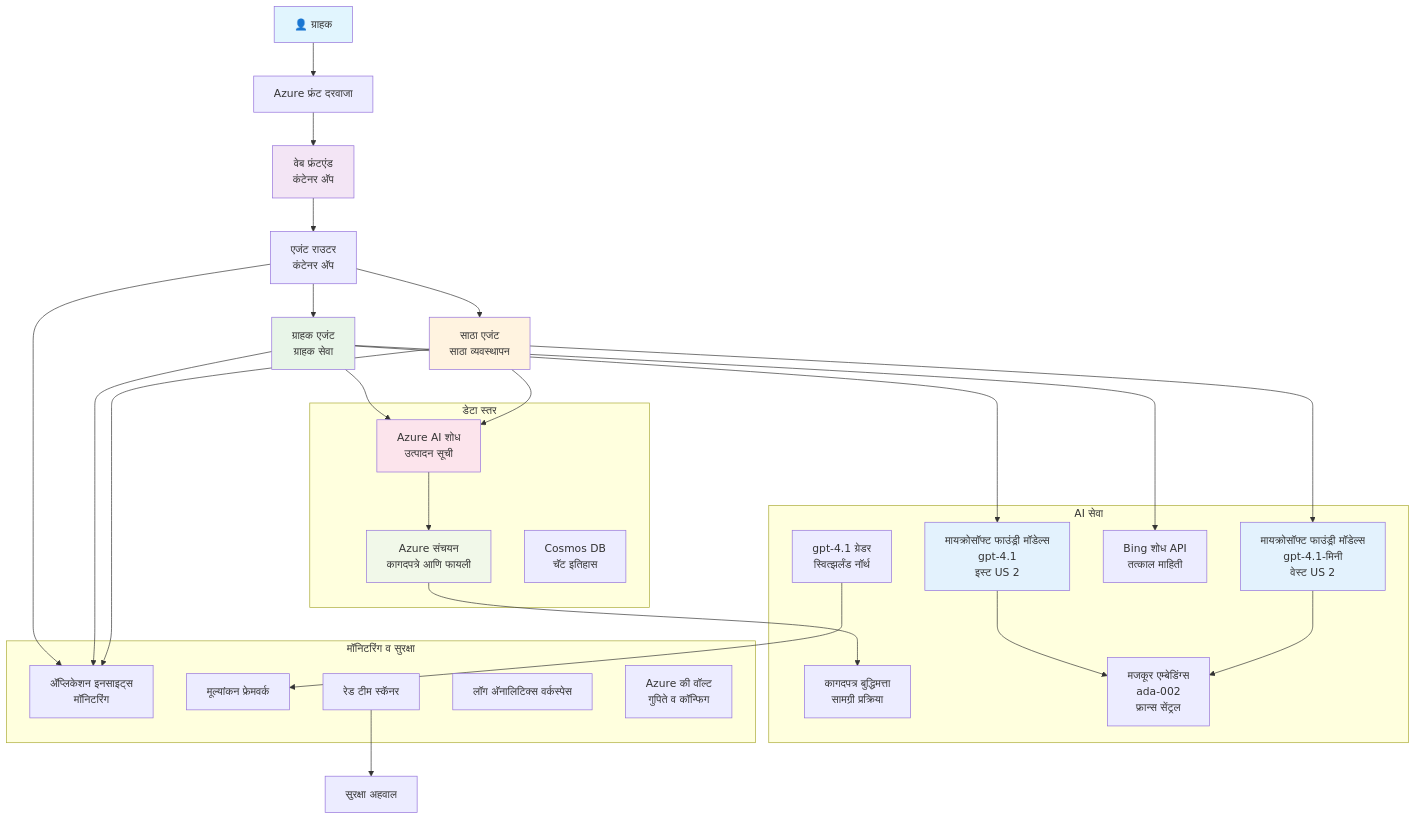
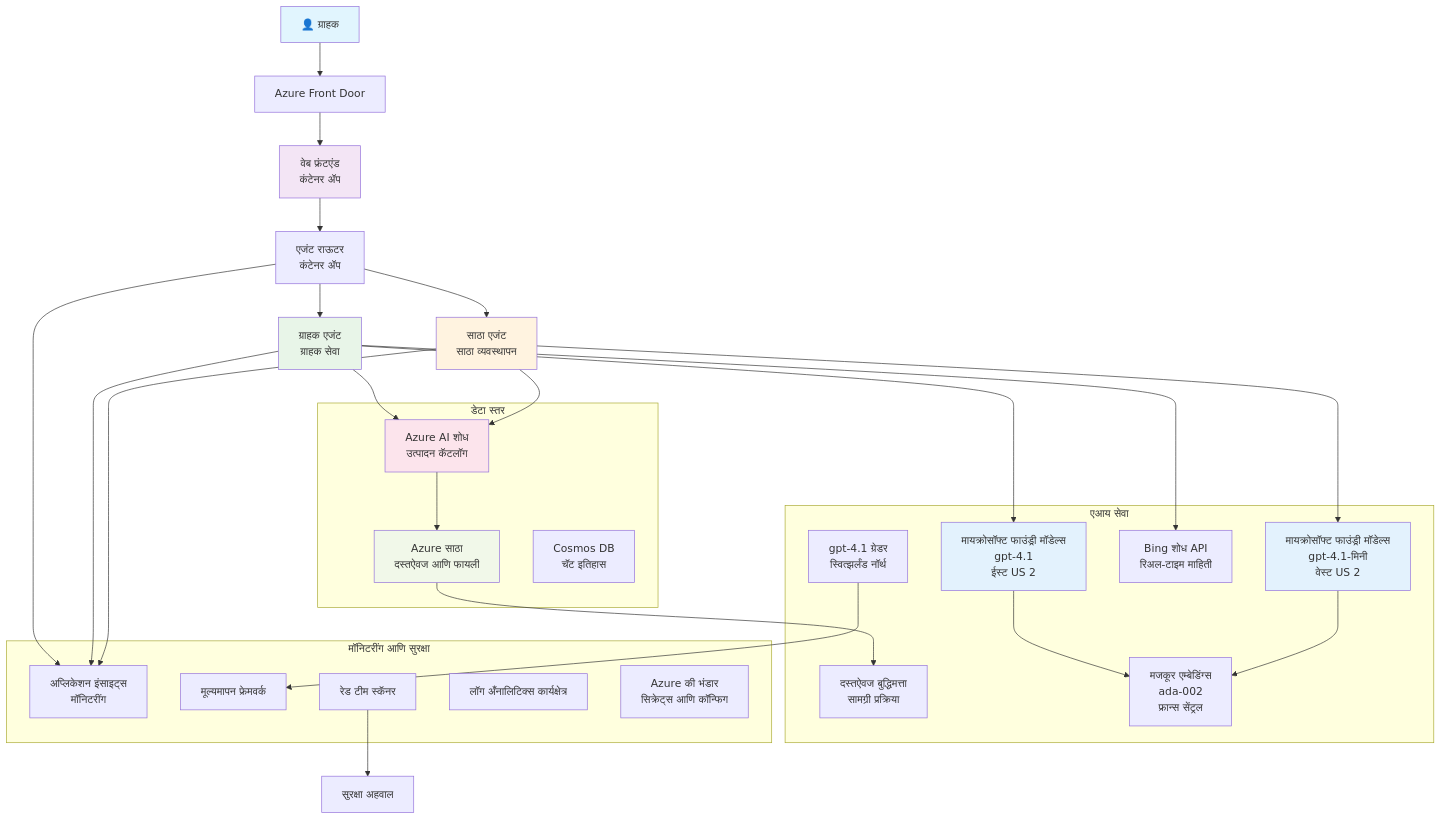
The diagram in translations/mr/examples/retail-scenario.md (microsoft/AZD-for-beginners), drawn with Mermaid before and after one commit. The commit also changed other lines of this file and 104 other files, not shown here.

````diff
--- a/translations/mr/examples/retail-scenario.md
+++ b/translations/mr/examples/retail-scenario.md
@@ -139,61 +139,61 @@
 ```mermaid
 graph TB
-    User[👤 ग्राहक] --> LB[Azure फ्रंट दरवाजा]
-    LB --> WebApp[वेब फ्रंटएंड<br/>कंटेनर अ‍ॅप]
+    User[👤 ग्राहक] --> LB[Azure Front Door]
+    LB --> WebApp[वेब फ्रंटएंड<br/>कंटेनर ॲप]
     
-    WebApp --> Router[एजंट राउटर<br/>कंटेनर अ‍ॅप]
+    WebApp --> Router[एजंट राऊटर<br/>कंटेनर ॲप]
     Router --> CustomerAgent[ग्राहक एजंट<br/>ग्राहक सेवा]
     Router --> InvAgent[साठा एजंट<br/>साठा व्यवस्थापन]
     
-    CustomerAgent --> OpenAI1[मायक्रोसॉफ्ट फाउंड्री मॉडेल्स<br/>gpt-4.1<br/>इस्ट US 2]
+    CustomerAgent --> OpenAI1[मायक्रोसॉफ्ट फाउंड्री मॉडेल्स<br/>gpt-4.1<br/>ईस्ट US 2]
     InvAgent --> OpenAI2[मायक्रोसॉफ्ट फाउंड्री मॉडेल्स<br/>gpt-4.1-मिनी<br/>वेस्ट US 2]
     
-    CustomerAgent --> AISearch[Azure AI शोध<br/>उत्पादन सूची]
-    CustomerAgent --> BingSearch[Bing शोध API<br/>तत्काल माहिती]
+    CustomerAgent --> AISearch[Azure AI शोध<br/>उत्पादन कॅटलॉग]
+    CustomerAgent --> BingSearch[Bing शोध API<br/>रिअल-टाइम माहिती]
     InvAgent --> AISearch
     
-    AISearch --> Storage[Azure संचयन<br/>कागदपत्रे आणि फायली]
-    Storage --> DocIntel[कागदपत्र बुद्धिमत्ता<br/>सामग्री प्रक्रिया]
+    AISearch --> Storage[Azure साठा<br/>दस्तऐवज आणि फायली]
+    Storage --> DocIntel[दस्तऐवज बुद्धिमत्ता<br/>सामग्री प्रक्रिया]
     
     OpenAI1 --> Embeddings[मजकूर एम्बेडिंग्स<br/>ada-002<br/>फ्रान्स सेंट्रल]
     OpenAI2 --> Embeddings
     
-    Router --> AppInsights[अ‍ॅप्लिकेशन इनसाइट्स<br/>मॉनिटरिंग]
+    Router --> AppInsights[अप्लिकेशन इंसाइट्स<br/>मॉनिटरींग]
     CustomerAgent --> AppInsights
     InvAgent --> AppInsights
     
-    GraderModel[gpt-4.1 ग्रेडर<br/>स्वित्झर्लंड नॉर्थ] --> Evaluation[मूल्यांकन फ्रेमवर्क]
+    GraderModel[gpt-4.1 ग्रेडर<br/>स्वित्झर्लंड नॉर्थ] --> Evaluation[मूल्यमापन फ्रेमवर्क]
     RedTeam[रेड टीम स्कॅनर] --> SecurityReports[सुरक्षा अहवाल]
     
     subgraph "डेटा स्तर"
         Storage
         AISearch
         CosmosDB[Cosmos DB<br/>चॅट इतिहास]
     end
     
-    subgraph "AI सेवा"
+    subgraph "एआय सेवा"
         OpenAI1
         OpenAI2
         Embeddings
         GraderModel
         DocIntel
         BingSearch
     end
     
-    subgraph "मॉनिटरिंग व सुरक्षा"
+    subgraph "मॉनिटरींग आणि सुरक्षा"
         AppInsights
-        LogAnalytics[लॉग अ‍ॅनालिटिक्स वर्कस्पेस]
-        KeyVault[Azure की वॉल्ट<br/>गुपिते व कॉन्फिग]
+        LogAnalytics[लॉग अँनालिटिक्स कार्यक्षेत्र]
+        KeyVault[Azure की भंडार<br/>सिक्रेट्स आणि कॉन्फिग]
         RedTeam
         Evaluation
     end
     
     style User fill:#e1f5fe
     style WebApp fill:#f3e5f5
     style CustomerAgent fill:#e8f5e8
     style InvAgent fill:#fff3e0
     style OpenAI1 fill:#e3f2fd
     style OpenAI2 fill:#e3f2fd
     style AISearch fill:#fce4ec
     style Storage fill:#f1f8e9
-```  
+```
````
